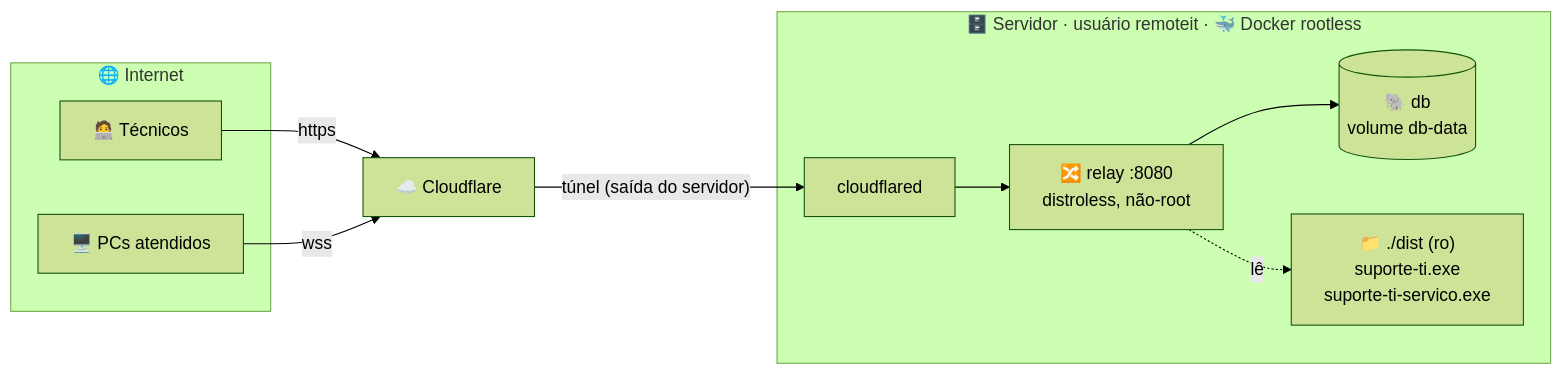
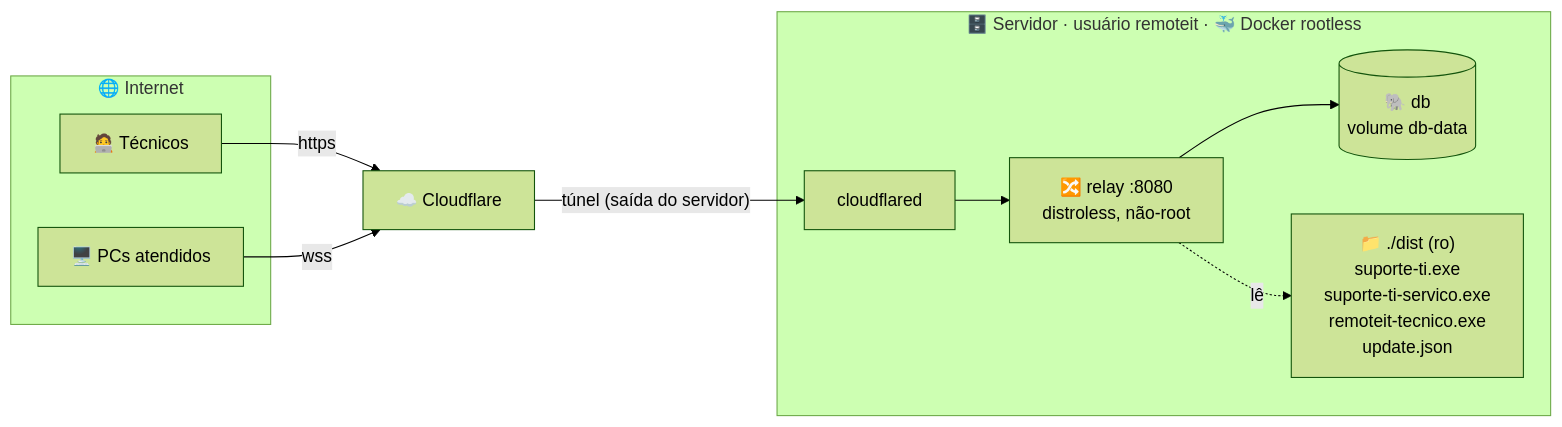
Before and after one commit to caetasousa/remoteIT: the first of 2 diagrams in docs/DEPLOY.md, drawn with Mermaid (forest theme). The commit also changed other lines of this file and 7 other files, not shown here.

````diff
--- a/docs/DEPLOY.md
+++ b/docs/DEPLOY.md
@@ -5,15 +5,15 @@
 ```mermaid
 graph LR
     subgraph NET["🌐 Internet"]
         U["🧑‍💻 Técnicos"]
         P["🖥️ PCs atendidos"]
     end
     U -- https --> CFE["☁️ Cloudflare"]
     P -- wss --> CFE
     CFE -- "túnel (saída do servidor)" --> CD
     subgraph SRV["🗄️ Servidor · usuário remoteit · 🐳 Docker rootless"]
         CD["cloudflared"] --> RL["🔀 relay :8080<br/>distroless, não-root"]
         RL --> DB[("🐘 db<br/>volume db-data")]
-        RL -. "lê" .-> DIST["📁 ./dist (ro)<br/>suporte-ti.exe<br/>suporte-ti-servico.exe"]
+        RL -. "lê" .-> DIST["📁 ./dist (ro)<br/>suporte-ti.exe<br/>suporte-ti-servico.exe<br/>remoteit-tecnico.exe<br/>update.json"]
     end
 ```
````
